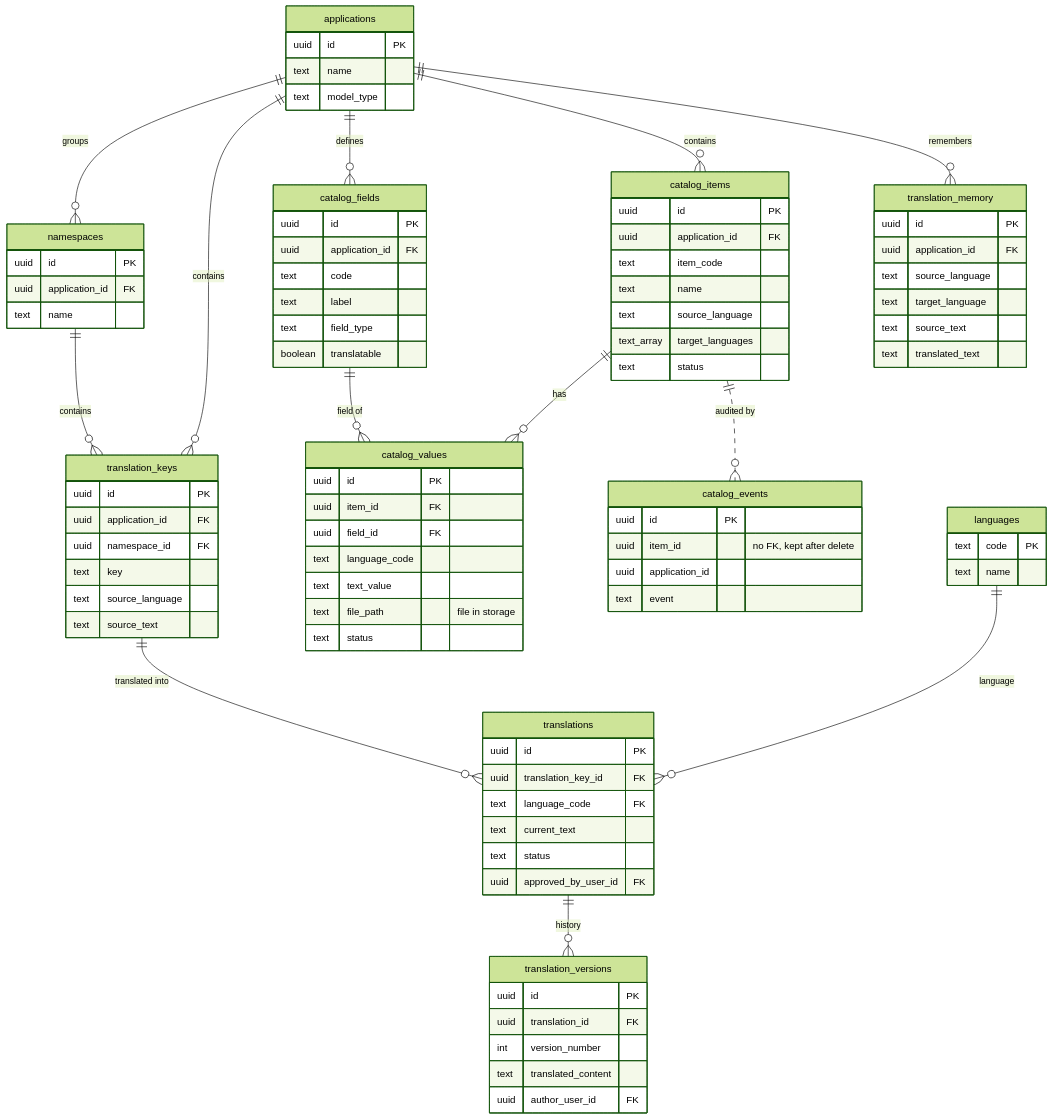
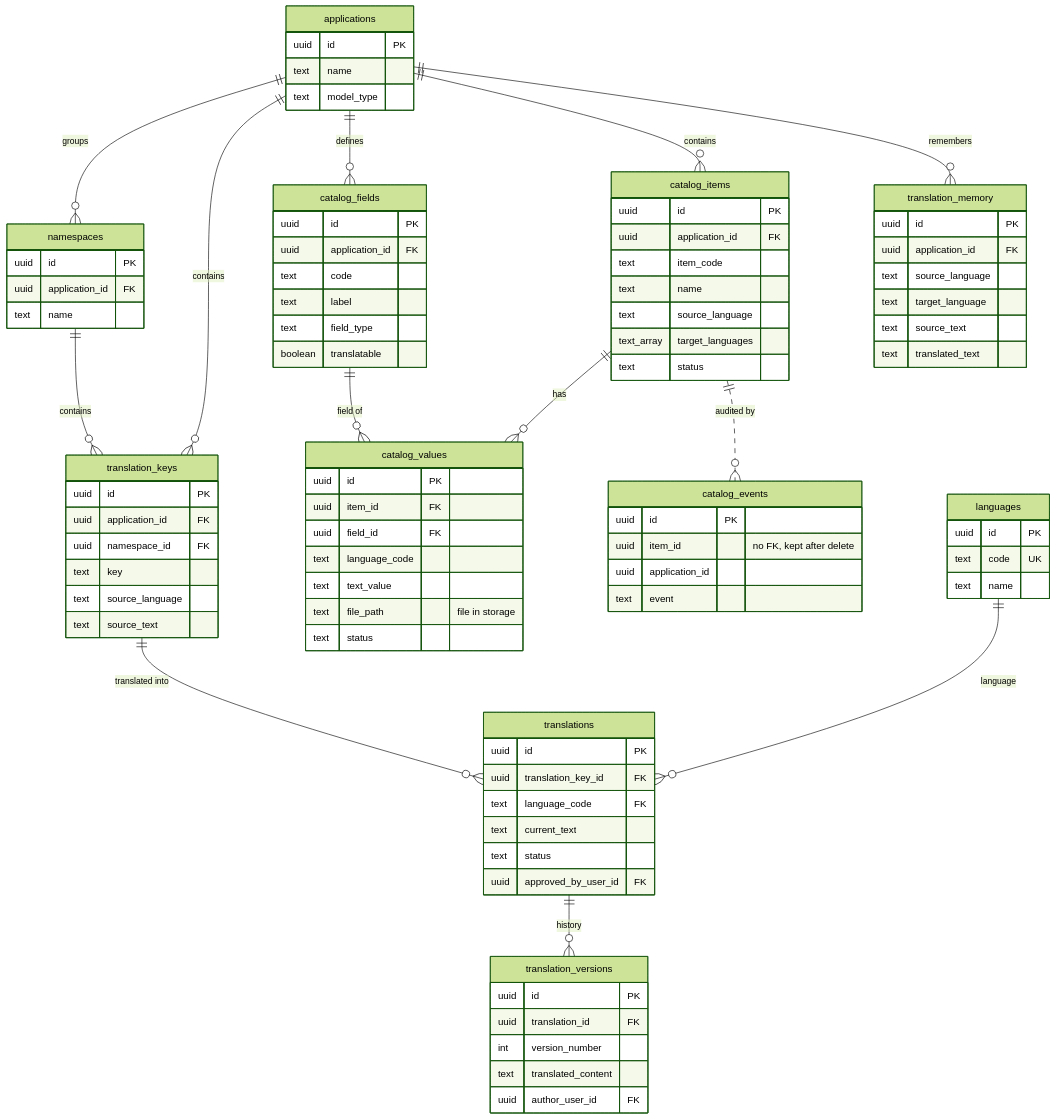
Before and after one commit to alanwongsh/mrdiy-lingo: the fifth of 5 diagrams in docs/erd.md, drawn with Mermaid (forest theme). The commit also changed other lines of this file and 5 other files, not shown here.

Commit message:
update index and erd

```diff
--- a/docs/erd.md
+++ b/docs/erd.md
@@ -410,7 +413,8 @@
     text event
   }
   languages {
-    text code PK
+    uuid id PK
+    text code UK
     text name
   }
 
```
